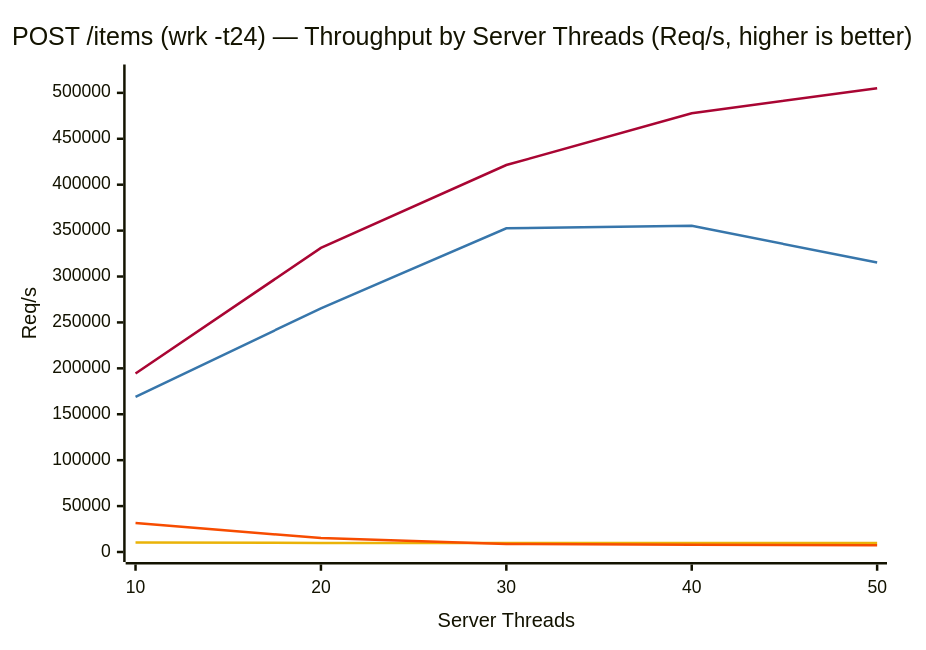
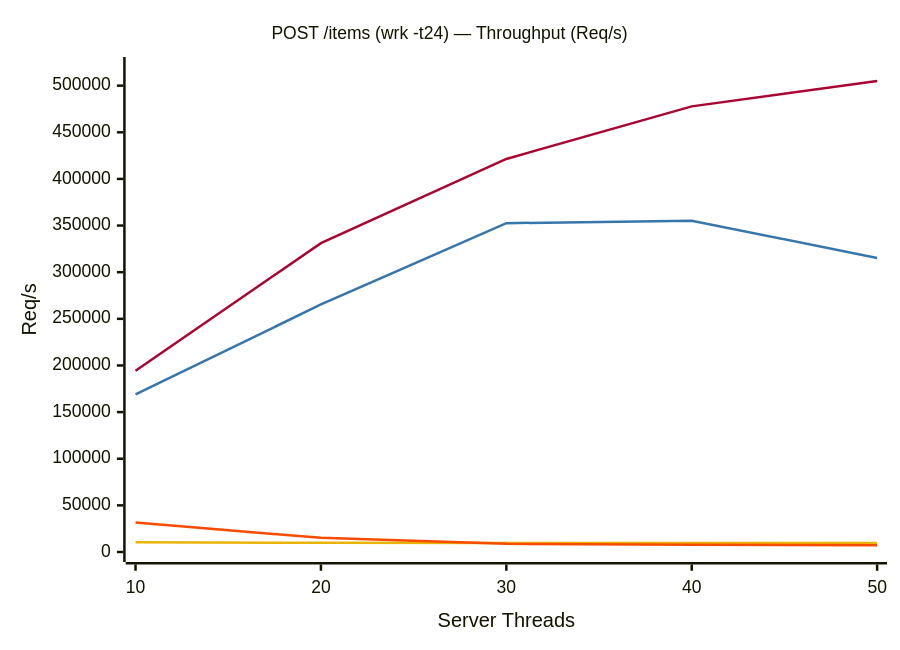
The second of 4 diagrams in README.md (erlpython/epython), drawn with Mermaid before and after one commit. The commit also changed other lines of this file, not shown here.

````diff
--- a/README.md
+++ b/README.md
@@ -89,16 +91,18 @@
 ```mermaid
 ---
 config:
+  xyChart:
+    titleFontSize: 14
   themeVariables:
     xyChart:
       plotColorPalette: "#A90533, #3776AB, #EAB308, #F74C00"
 ---
 xychart-beta
-    title "POST /items (wrk -t24) — Throughput by Server Threads (Req/s, higher is better)"
+    title "POST /items (wrk -t24) — Throughput (Req/s)"
     x-axis "Server Threads" ["10", "20", "30", "40", "50"]
     y-axis "Req/s" 0 --> 520000
     line [194391, 331119, 421401, 477779, 505087]
     line [168933, 265390, 352548, 355248, 315231]
     line [10398, 9926, 9699, 9749, 9694]
     line [31543, 15186, 8727, 7794, 7272]
 ```
````
